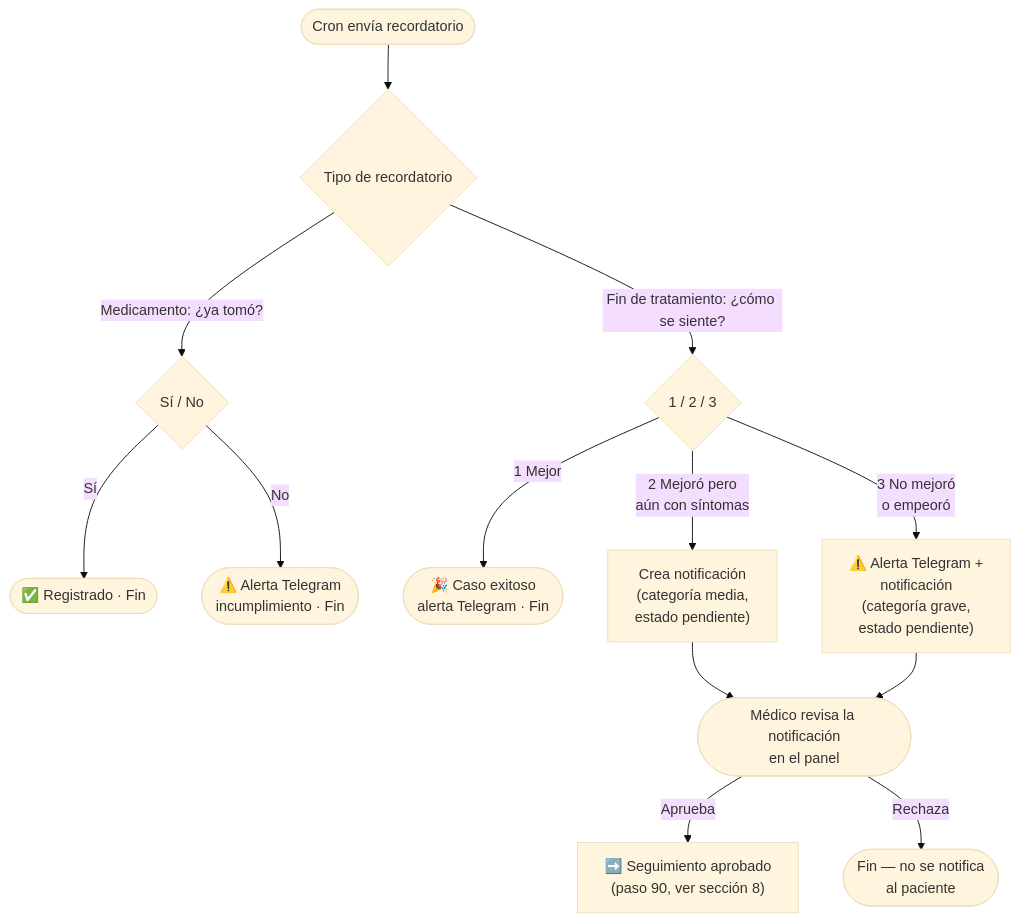
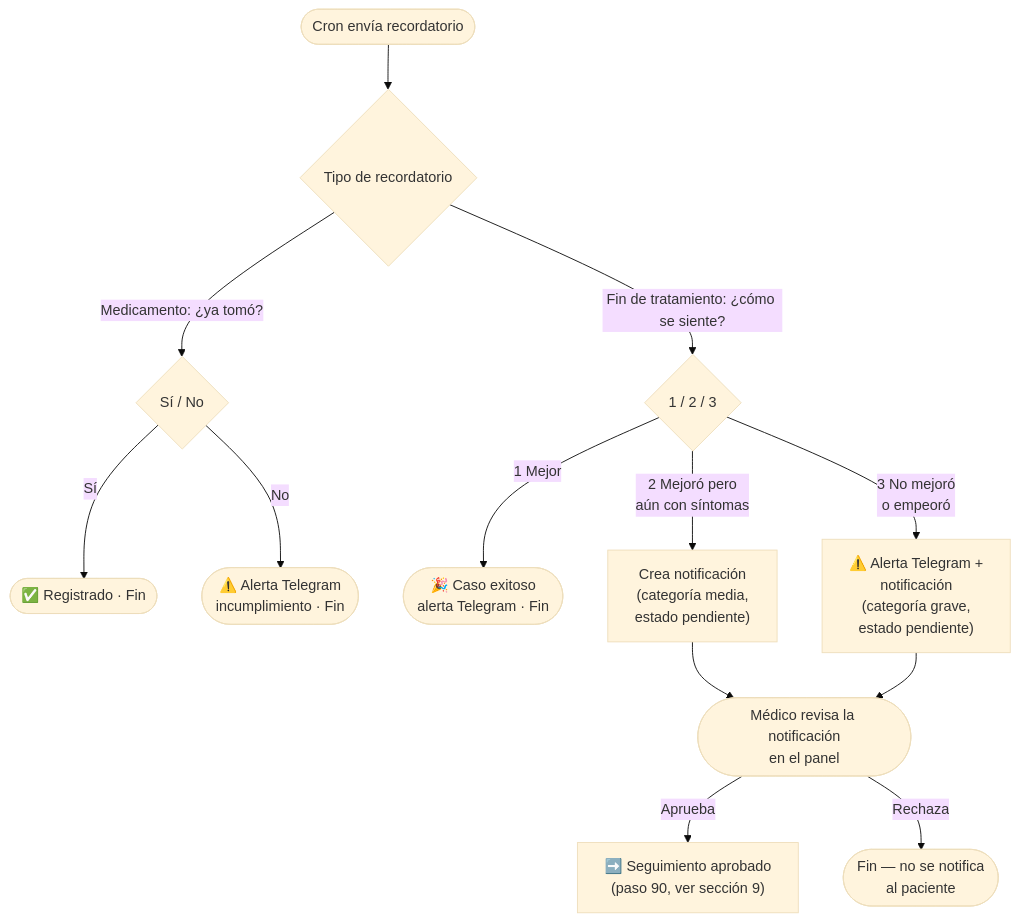
The sixth of 10 diagrams in docs/flujos-bot.md (teledox/teledox), drawn with Mermaid (base theme) before and after one commit. The commit also changed other lines of this file and 9 other files, not shown here.

````diff
--- a/docs/flujos-bot.md
+++ b/docs/flujos-bot.md
@@ -189,17 +209,17 @@
 ```mermaid
 flowchart TD
   REM([Cron envía recordatorio]) --> TIPO{"Tipo de recordatorio"}
   TIPO -->|"Medicamento: ¿ya tomó?"| MED{"Sí / No"}
   MED -->|"Sí"| OKm([✅ Registrado · Fin])
   MED -->|"No"| ALm([⚠️ Alerta Telegram\nincumplimiento · Fin])
 
   TIPO -->|"Fin de tratamiento: ¿cómo se siente?"| FT{"1 / 2 / 3"}
   FT -->|"1 Mejor"| EXITO([🎉 Caso exitoso\nalerta Telegram · Fin])
   FT -->|"2 Mejoró pero\naún con síntomas"| NOTIF2["Crea notificación\n(categoría media,\nestado pendiente)"]
   FT -->|"3 No mejoró\no empeoró"| NOTIF3["⚠️ Alerta Telegram +\nnotificación\n(categoría grave,\nestado pendiente)"]
 
   NOTIF2 --> REVISA(["Médico revisa la notificación\nen el panel"])
   NOTIF3 --> REVISA
-  REVISA -->|"Aprueba"| P90["➡️ Seguimiento aprobado\n(paso 90, ver sección 8)"]
+  REVISA -->|"Aprueba"| P90["➡️ Seguimiento aprobado\n(paso 90, ver sección 9)"]
   REVISA -->|"Rechaza"| FINr2([Fin — no se notifica\nal paciente])
 ```
````
